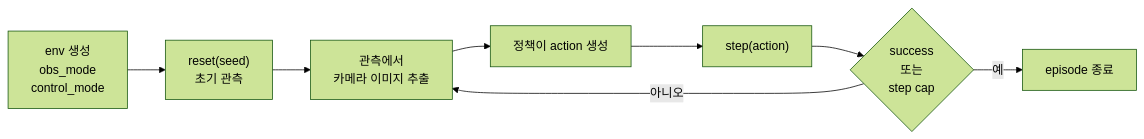
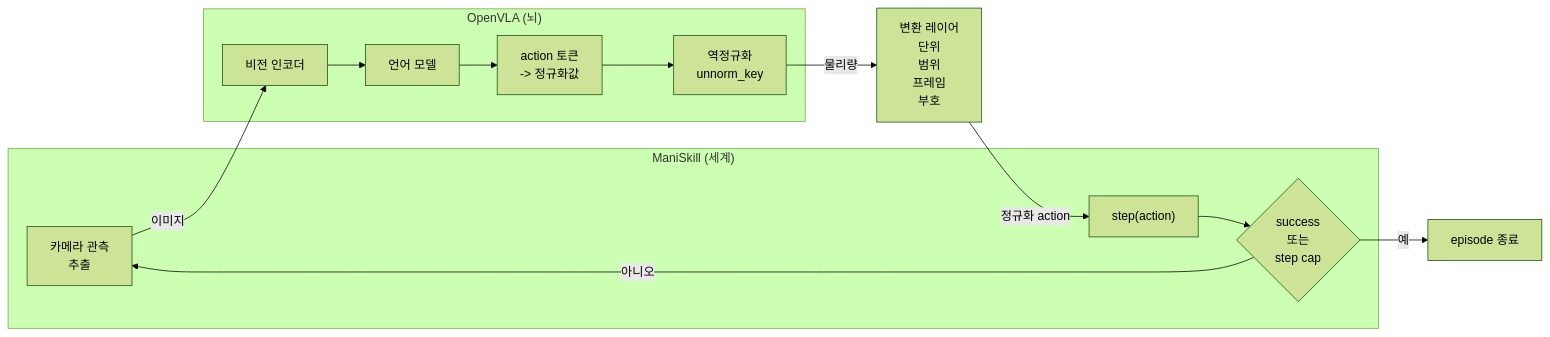
Before and after one commit to tylee-yeonge/physical-ai-study: the first of 2 diagrams in Studies/Phase 4.5/week0/README.md, drawn with Mermaid (forest theme). The commit also changed other lines of this file and 13 other files, not shown here.

````diff
--- a/Studies/Phase 4.5/week0/README.md
+++ b/Studies/Phase 4.5/week0/README.md
@@ -86,10 +103,22 @@
 ```mermaid
 flowchart LR
-    A["env 생성<br/>obs_mode<br/>control_mode"] --> B["reset(seed)<br/>초기 관측"]
-    B --> C["관측에서<br/>카메라 이미지 추출"]
-    C --> D["정책이 action 생성"]
-    D --> E["step(action)"]
-    E --> F{"success<br/>또는<br/>step cap"}
-    F -->|"아니오"| C
-    F -->|"예"| G["episode 종료"]
+    subgraph MS["ManiSkill (세계)"]
+        CAM["카메라 관측<br/>추출"]
+        STEP["step(action)"]
+        DONE{"success<br/>또는<br/>step cap"}
+    end
+    subgraph VLA["OpenVLA (뇌)"]
+        VIS["비전 인코더"]
+        LLM["언어 모델"]
+        TOK["action 토큰<br/>-> 정규화값"]
+        UN["역정규화<br/>unnorm_key"]
+    end
+    ADP["변환 레이어<br/>단위<br/>범위<br/>프레임<br/>부호"]
+    CAM -->|"이미지"| VIS
+    VIS --> LLM --> TOK --> UN
+    UN -->|"물리량"| ADP
+    ADP -->|"정규화 action"| STEP
+    STEP --> DONE
+    DONE -->|"아니오"| CAM
+    DONE -->|"예"| END["episode 종료"]
 ```
````
